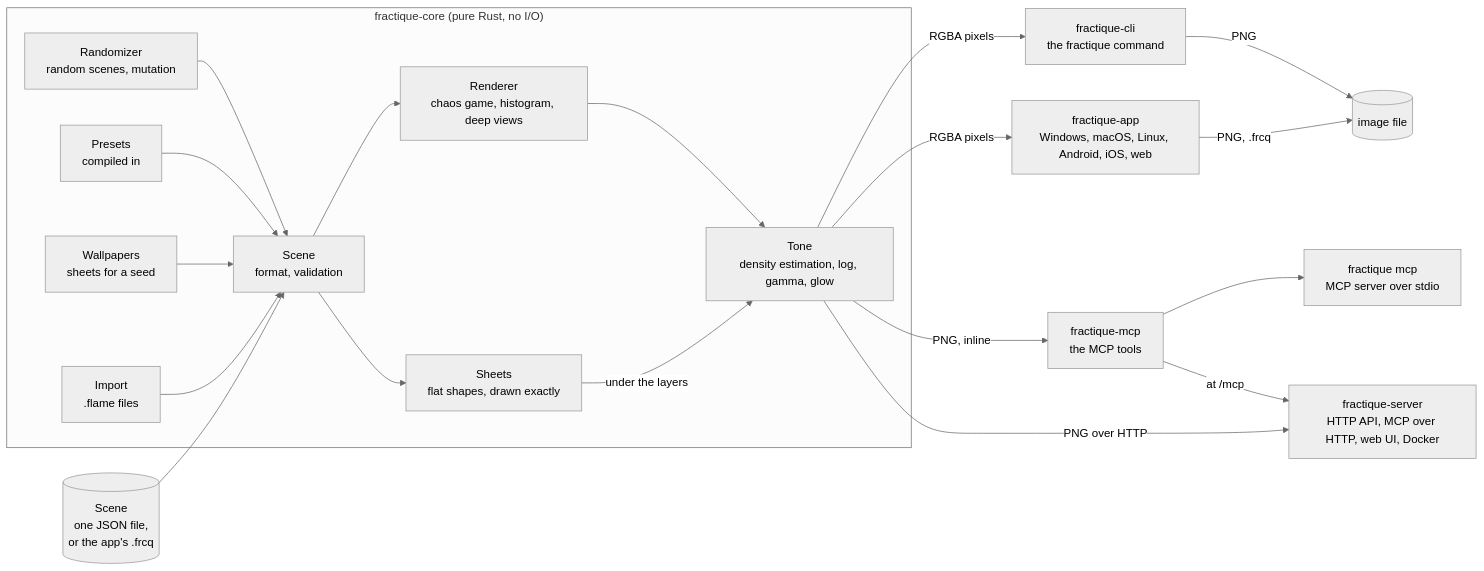
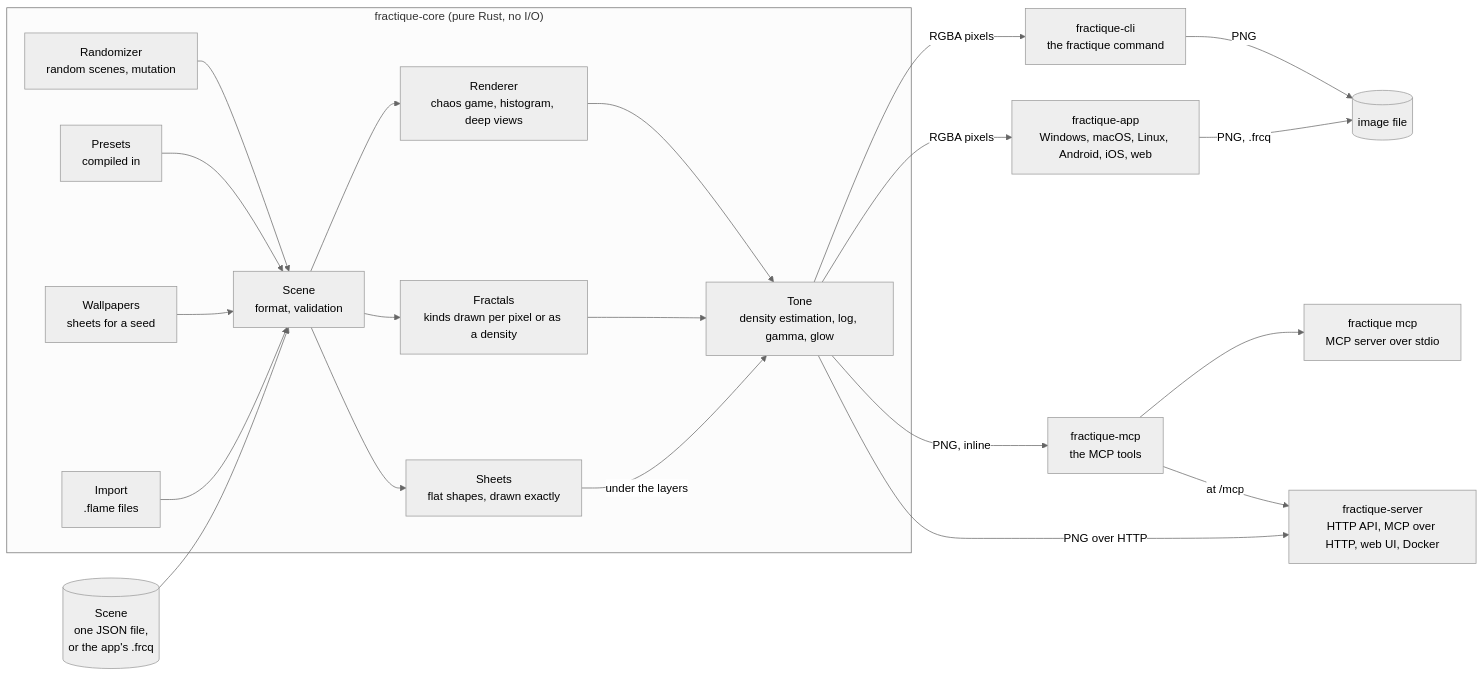
The first of 2 diagrams in docs/architecture.md (tarpetos/fractique), drawn with Mermaid (neutral theme) before and after one commit. The commit also changed other lines of this file and 82 other files, not shown here.

First line of the commit message:
feat: fractals of other kinds on a registry, with Mandelbrot, Julia and the Clifford attractor (#47)

````diff
--- a/docs/architecture.md
+++ b/docs/architecture.md
@@ -9,38 +9,40 @@
 ```mermaid
 flowchart LR
     SCENE[("Scene<br/>one JSON file,<br/>or the app's .frcq")]
 
     subgraph CORE["fractique-core (pure Rust, no I/O)"]
         VAL["Scene<br/>format, validation"]
         RND["Randomizer<br/>random scenes, mutation"]
         PRE["Presets<br/>compiled in"]
         WAL["Wallpapers<br/>sheets for a seed"]
         IMP["Import<br/>.flame files"]
         REN["Renderer<br/>chaos game, histogram, deep views"]
+        FRA["Fractals<br/>kinds drawn per pixel or as a density"]
         TON["Tone<br/>density estimation, log, gamma, glow"]
         SHE["Sheets<br/>flat shapes, drawn exactly"]
         VAL --> REN --> TON
+        VAL --> FRA --> TON
         VAL --> SHE
         RND --> VAL
         PRE --> VAL
         WAL --> VAL
         IMP --> VAL
     end
 
     CLI["fractique-cli<br/>the fractique command"]
     TOOLS["fractique-mcp<br/>the MCP tools"]
     MCP["fractique mcp<br/>MCP server over stdio"]
     SRV["fractique-server<br/>HTTP API, MCP over HTTP, web UI, Docker"]
     APP["fractique-app<br/>Windows, macOS, Linux, Android, iOS, web"]
 
     SCENE --> VAL
     TON -- "RGBA pixels" --> CLI
     SHE -- "under the layers" --> TON
     TON -- "PNG, inline" --> TOOLS
     TOOLS --> MCP
     TOOLS -- "at /mcp" --> SRV
     TON -- "PNG over HTTP" --> SRV
     TON -- "RGBA pixels" --> APP
     CLI -- "PNG" --> OUT[("image file")]
     APP -- "PNG, .frcq" --> OUT
 ```
````
